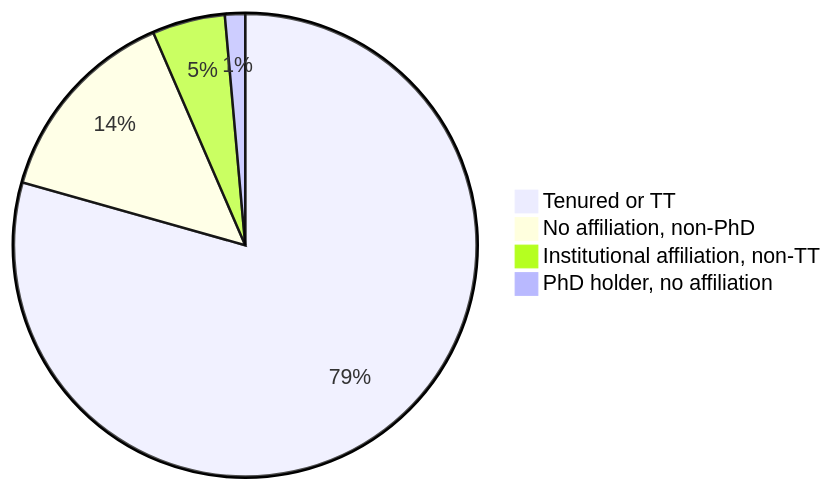
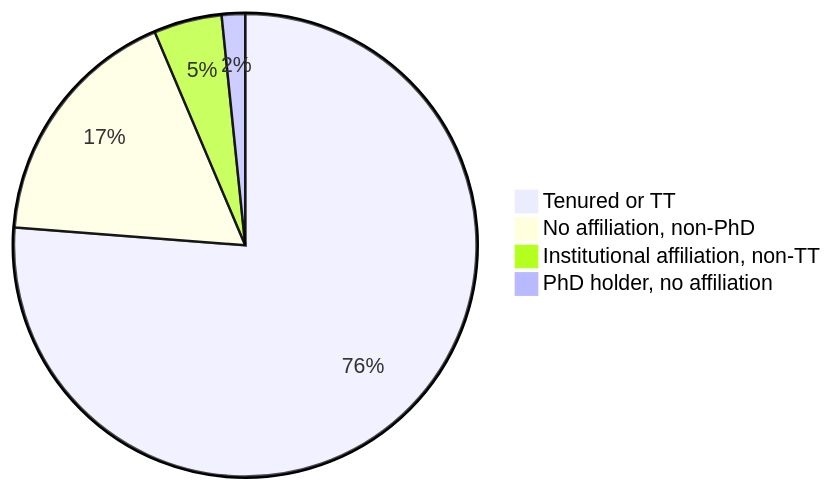
Before and after one commit to WeAreTheField/wearethefield: the fourth of 4 diagrams in inprogress/music/index.md, drawn with Mermaid. The commit also changed other lines of this file, not shown here.

```diff
--- a/inprogress/music/index.md
+++ b/inprogress/music/index.md
@@ -98,7 +105,7 @@
 <pre class="mermaid">
   pie
-  "Tenured or TT" : 281
-  "No affiliation, non-PhD" : 50
-  "Institutional affiliation, non-TT" : 18
-  "PhD holder, no affiliation" : 5
+  "Tenured or TT" : 513
+  "No affiliation, non-PhD" : 117
+  "Institutional affiliation, non-TT" : 32
+  "PhD holder, no affiliation" : 11
 </pre>
```
